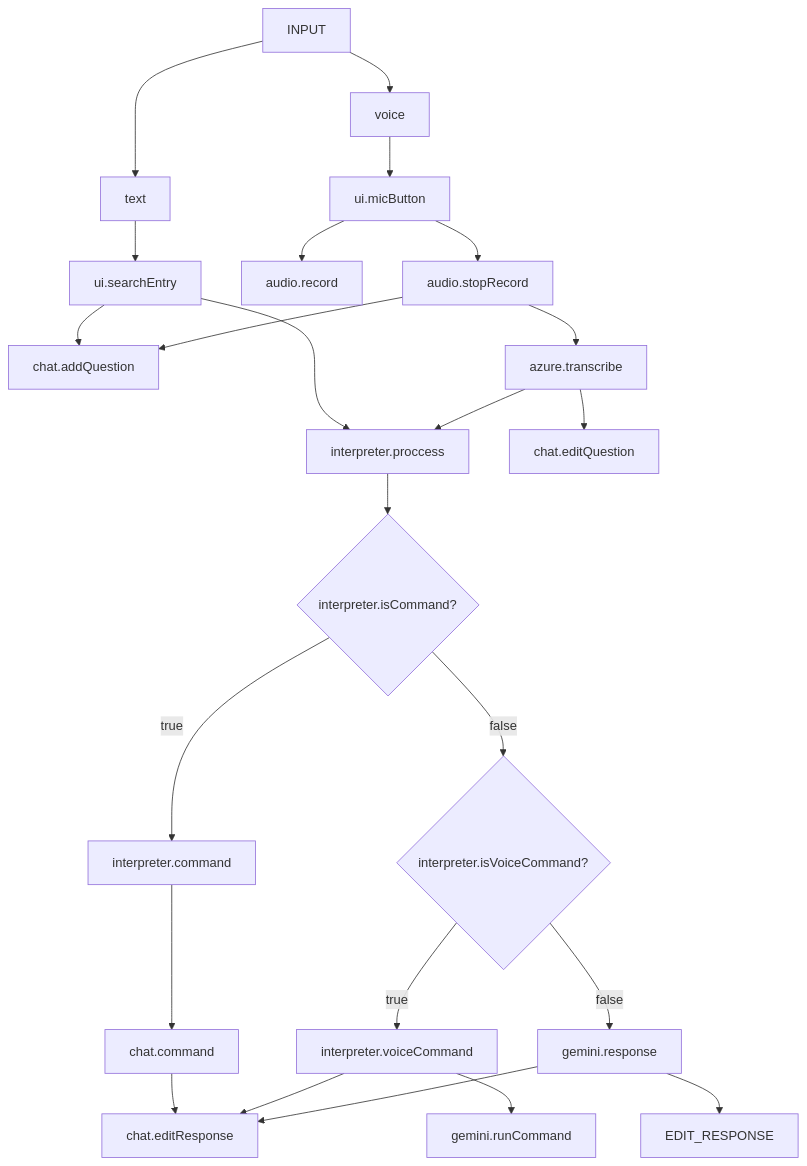
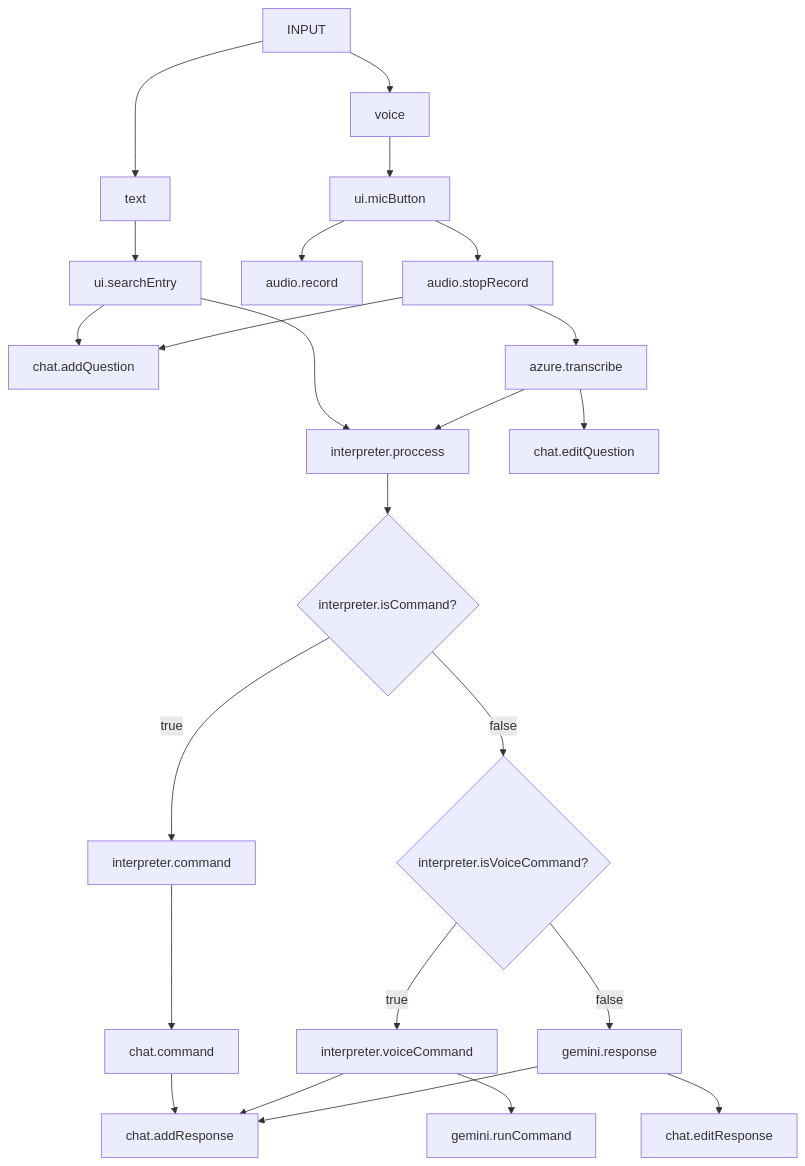
Before and after one commit to hermannhahn/aiva: the diagram in Flowchart.md, drawn with Mermaid. The commit also changed 1 other file, not shown here.

````diff
--- a/Flowchart.md
+++ b/Flowchart.md
@@ -1,32 +1,32 @@
 ```mermaid
 graph TD
     %% INPUT
     INPUT[INPUT] --> INPUT_TEXT
     INPUT --> INPUT_VOICE
 
     %% TEXT
     INPUT_TEXT[text] --> SEARCH_ENTRY[ui.searchEntry]
     SEARCH_ENTRY --> ADD_QUESTION[chat.addQuestion]
     SEARCH_ENTRY --> PROCCESS[interpreter.proccess]
 
     %% VOICE
     INPUT_VOICE[voice] --> MIC_BUTTON[ui.micButton]
     MIC_BUTTON --> RECORD[audio.record]
     MIC_BUTTON --> STOP_RECORD[audio.stopRecord]
 
     %% Audio
     STOP_RECORD --> ADD_QUESTION
     STOP_RECORD --> TRANSCRIBE[azure.transcribe]
     TRANSCRIBE --> EDIT_QUESTION[chat.editQuestion]
     TRANSCRIBE --> PROCCESS
 
     %% Interpreter
     PROCCESS --> IS_COMMAND{interpreter.isCommand?}
     IS_COMMAND -- true --> COMMAND[interpreter.command] --> CHAT_COMMAND[chat.command]
     CHAT_COMMAND[chat.command] --> ADD_RESPONSE[chat.addResponse]
     IS_COMMAND -- false --> IS_VOICE_COMMAND{interpreter.isVoiceCommand?}
     IS_VOICE_COMMAND -- true --> VOICE_COMMAND[interpreter.voiceCommand] --> RUN_COMMAND[gemini.runCommand]
     VOICE_COMMAND --> ADD_RESPONSE
-    IS_VOICE_COMMAND -- false --> RESPONSE[gemini.response] --> ADD_RESPONSE[chat.editResponse]
-    RESPONSE --> EDIT_RESPONSE
+    IS_VOICE_COMMAND -- false --> RESPONSE[gemini.response] --> ADD_RESPONSE[chat.addResponse]
+    RESPONSE --> EDIT_RESPONSE[chat.editResponse]
 ```
````
